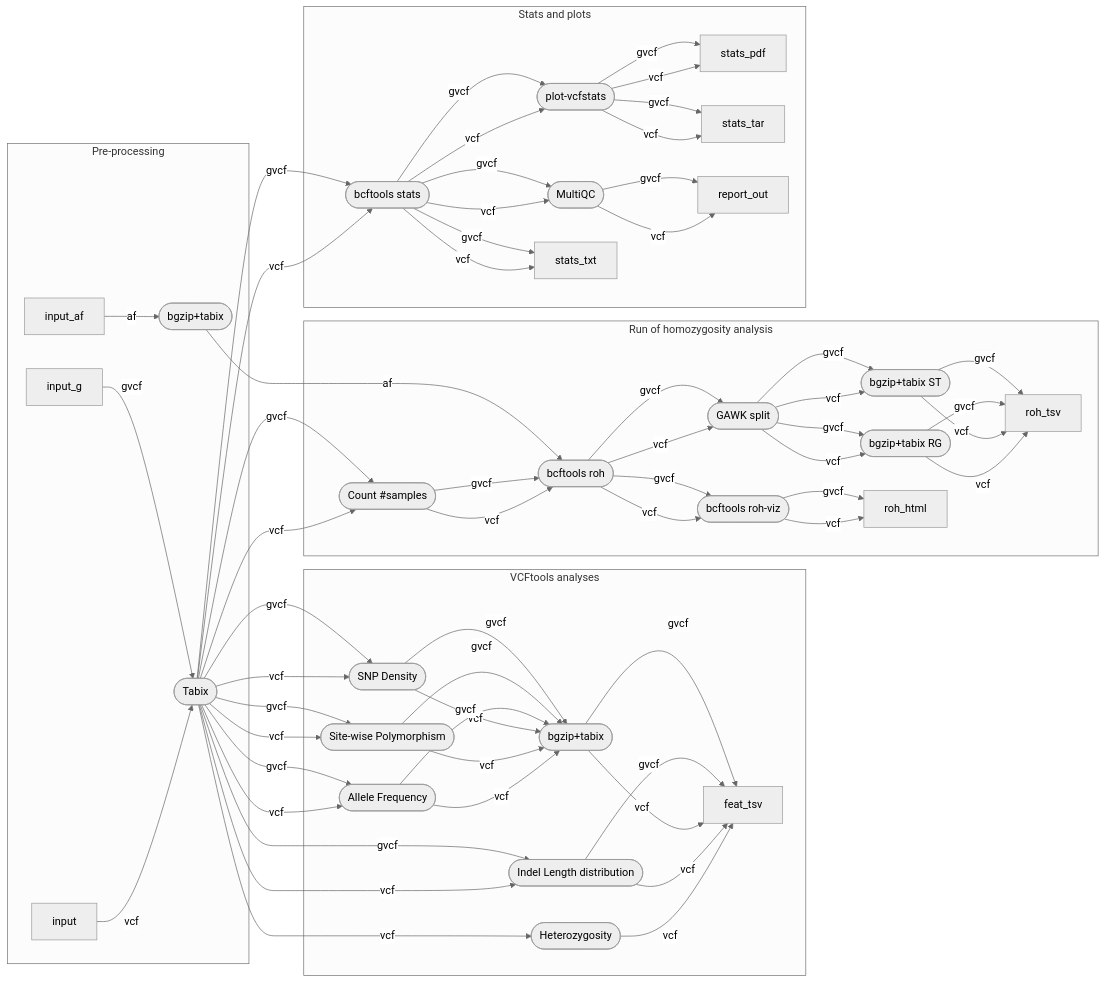
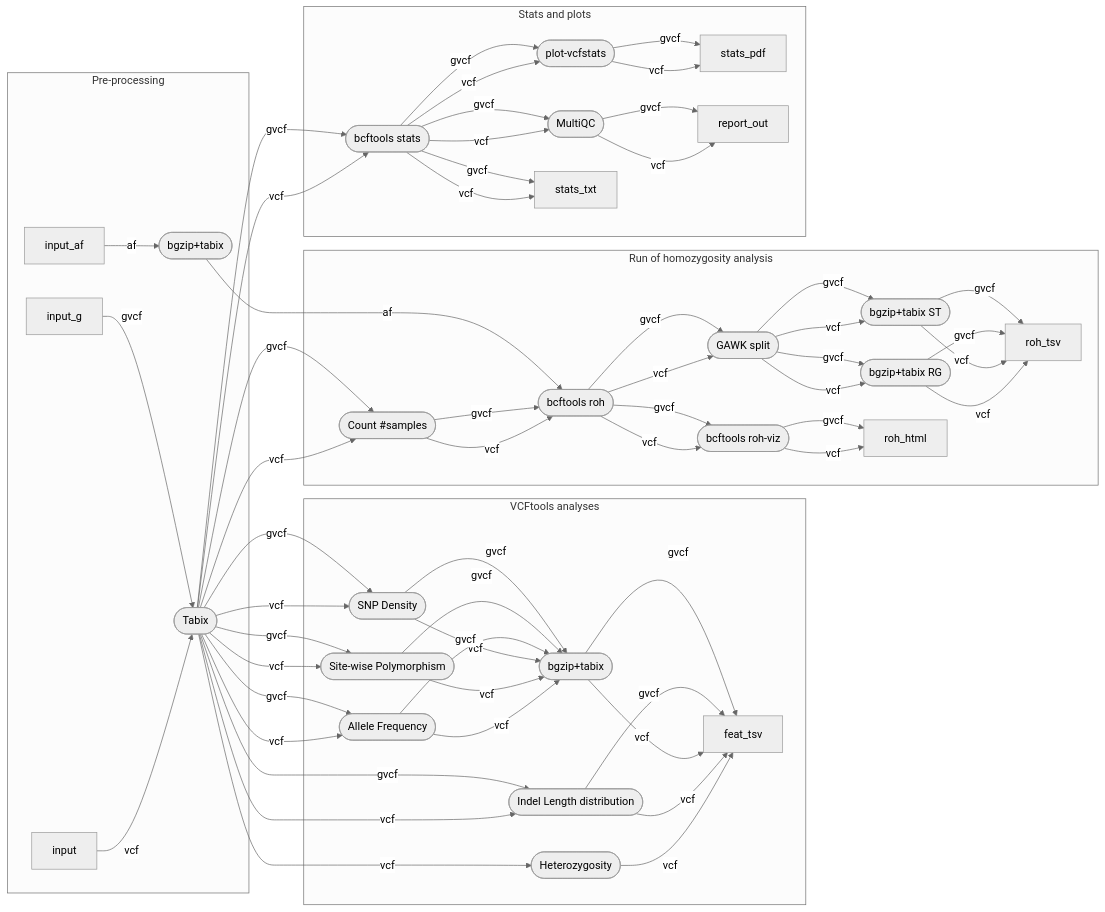
Before and after one commit to sanger-tol/variantcomposition: the diagram in docs/images/sanger-tol-variantcomposition_metro_map.mmd, drawn with Mermaid (neutral theme). The commit also changed 22 other files, not shown here.

Commit message:
Updated the plotvcfstats module to output the individual PDF images rather than the summary

```diff
--- a/docs/images/sanger-tol-variantcomposition_metro_map.mmd
+++ b/docs/images/sanger-tol-variantcomposition_metro_map.mmd
@@ -1,113 +1,110 @@
 %%metro title: Variant Composition pipeline
 %%metro style: dark
 %%metro line_order: span
 %%metro line: vcf | VCF/BCF files| #2db572
 %%metro line: gvcf | gVCF/gBCF files | #ff9800
 %%metro line: af | Population allele frequencies | #00bcd4
 %%%%metro line: gvcf | gVCF/gBCF files | #00bcd4
 %%%%metro line: af_roh_reporting | Af Roh - Reporting | #ff9800
 %%%%metro line: features_reporting | Features - Reporting | #9b59b6
 %%%%metro line: variantcomposition_af_roh | Variantcomposition - Af Roh | #f5c542
 %%%%metro line: variantcomposition_bcftools_stats_plot | Variantcomposition - bcftools Stats Plot | #e63946
 %%%%metro line: variantcomposition_reporting | Variantcomposition - Reporting | #0570b0
 %%metro file: input | VCF
 %%metro file: input_g | gVCF
 %%metro file: input_af | TSV
 %%metro file: report_out | HTML
 %%metro file: stats_txt | TXT
-%%metro file: stats_pdf | PDF
-%%metro file: stats_tar | TAR
+%%metro files: stats_pdf | PDF
 %%metro files: feat_tsv | TSV
 %%metro files: roh_tsv | TSV
 %%metro file: roh_html | HTML
 
 graph LR
     subgraph preprocessing [Pre-processing]
         tabix([Tabix])
         bgziptabix_af([bgzip+tabix])
         input -->|vcf| tabix
         input_g -->|gvcf| tabix
         input_af -->|af| bgziptabix_af
     end
 
     subgraph features [VCFtools analyses]
         vcftools_allele_frequency([Allele Frequency])
         vcftools_site_pi([Site-wise Polymorphism])
         vcftools_snp_density([SNP Density])
         bgziptabix([bgzip+tabix])
         vcftools_indel_length([Indel Length distribution])
         vcftools_het([Heterozygosity])
 
         vcftools_allele_frequency -->|vcf| bgziptabix
         vcftools_het -->|vcf| feat_tsv
         vcftools_indel_length -->|vcf| feat_tsv
         vcftools_site_pi -->|vcf| bgziptabix
         vcftools_snp_density -->|vcf| bgziptabix
         bgziptabix -->|vcf| feat_tsv
         vcftools_allele_frequency -->|gvcf| bgziptabix
         vcftools_indel_length -->|gvcf| feat_tsv
         vcftools_site_pi -->|gvcf| bgziptabix
         vcftools_snp_density -->|gvcf| bgziptabix
         bgziptabix -->|gvcf| feat_tsv
     end
 
     subgraph af_roh [Run of homozygosity analysis]
         bcftools_query([Count #samples])
         bcftools_roh([bcftools roh])
         bcftools_rohviz([bcftools roh-viz])
         gawk_split([GAWK split])
         bgziptabix_rg([bgzip+tabix RG])
         bgziptabix_st([bgzip+tabix ST])
 
         bcftools_query -->|vcf| bcftools_roh
         bcftools_roh -->|vcf| bcftools_rohviz
         bcftools_roh -->|vcf| gawk_split
         gawk_split -->|vcf| bgziptabix_rg
         gawk_split -->|vcf| bgziptabix_st
         bcftools_rohviz -->|vcf| roh_html
         bgziptabix_rg -->|vcf| roh_tsv
         bgziptabix_st -->|vcf| roh_tsv
         bcftools_query -->|gvcf| bcftools_roh
         bcftools_roh -->|gvcf| bcftools_rohviz
         bcftools_roh -->|gvcf| gawk_split
         gawk_split -->|gvcf| bgziptabix_rg
         gawk_split -->|gvcf| bgziptabix_st
         bcftools_rohviz -->|gvcf| roh_html
         bgziptabix_rg -->|gvcf| roh_tsv
         bgziptabix_st -->|gvcf| roh_tsv
     end
 
     subgraph bcftools_stats_plot [Stats and plots]
         bcftools_stats([bcftools stats])
         plotvcfstats([plot-vcfstats])
         multiqc([MultiQC])
 
         bcftools_stats -->|vcf| stats_txt
         bcftools_stats -->|vcf| plotvcfstats
         plotvcfstats -->|vcf| stats_pdf
-        plotvcfstats -->|vcf| stats_tar
         bcftools_stats -->|vcf| multiqc
         multiqc -->|vcf| report_out
         bcftools_stats -->|gvcf| stats_txt
         bcftools_stats -->|gvcf| plotvcfstats
         plotvcfstats -->|gvcf| stats_pdf
-        plotvcfstats -->|gvcf| stats_tar
         bcftools_stats -->|gvcf| multiqc
         multiqc -->|gvcf| report_out
     end
 
     %% Inter-section edges
     tabix -->|vcf| vcftools_allele_frequency
     tabix -->|vcf| vcftools_site_pi
     tabix -->|vcf| vcftools_het
     tabix -->|vcf| vcftools_indel_length
     tabix -->|vcf| vcftools_snp_density
     tabix -->|vcf| bcftools_query
     tabix -->|vcf| bcftools_stats
     tabix -->|gvcf| vcftools_allele_frequency
     tabix -->|gvcf| vcftools_site_pi
     tabix -->|gvcf| vcftools_indel_length
     tabix -->|gvcf| vcftools_snp_density
     tabix -->|gvcf| bcftools_query
     tabix -->|gvcf| bcftools_stats
     bgziptabix_af -->|af| bcftools_roh
```
